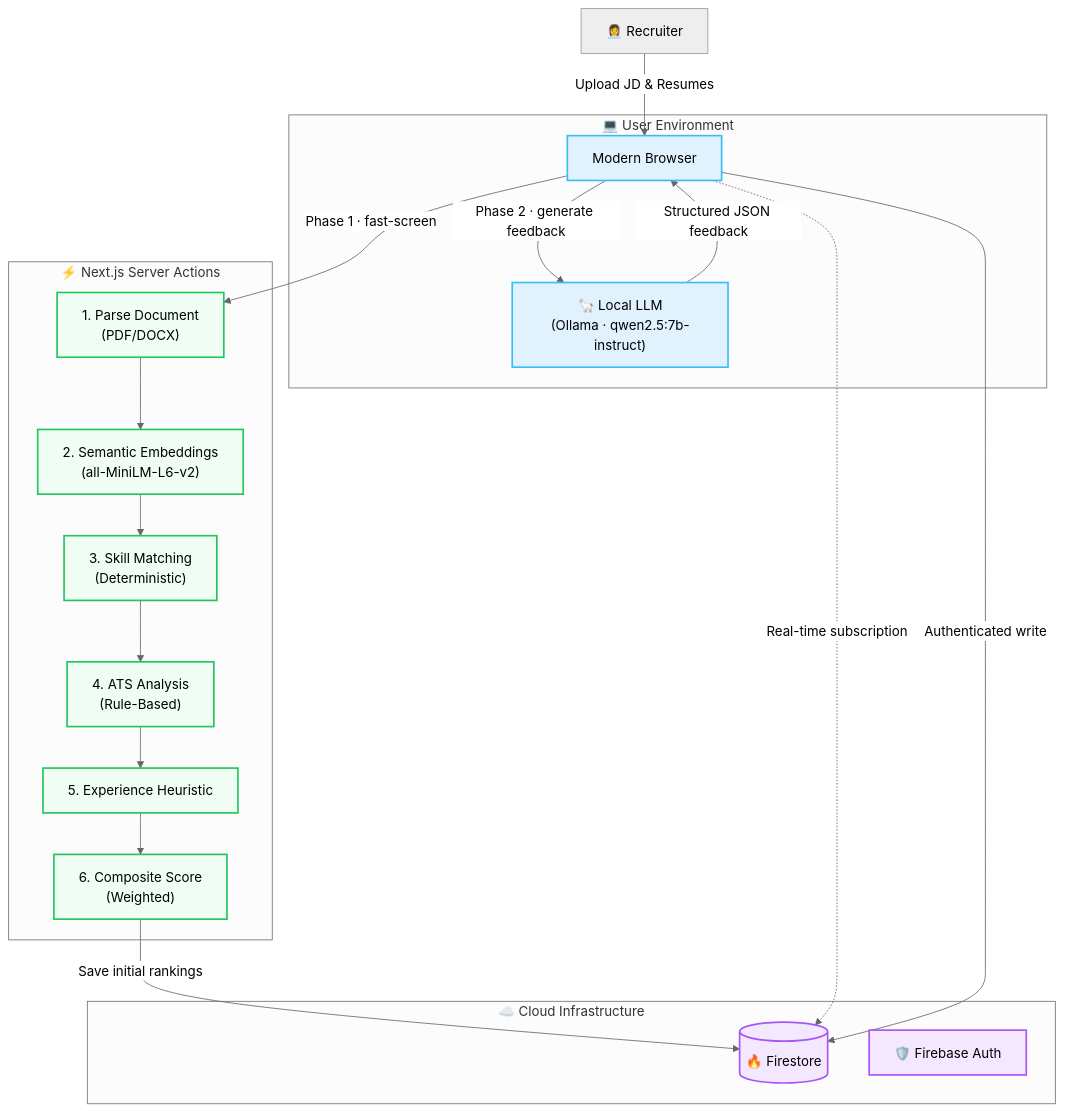
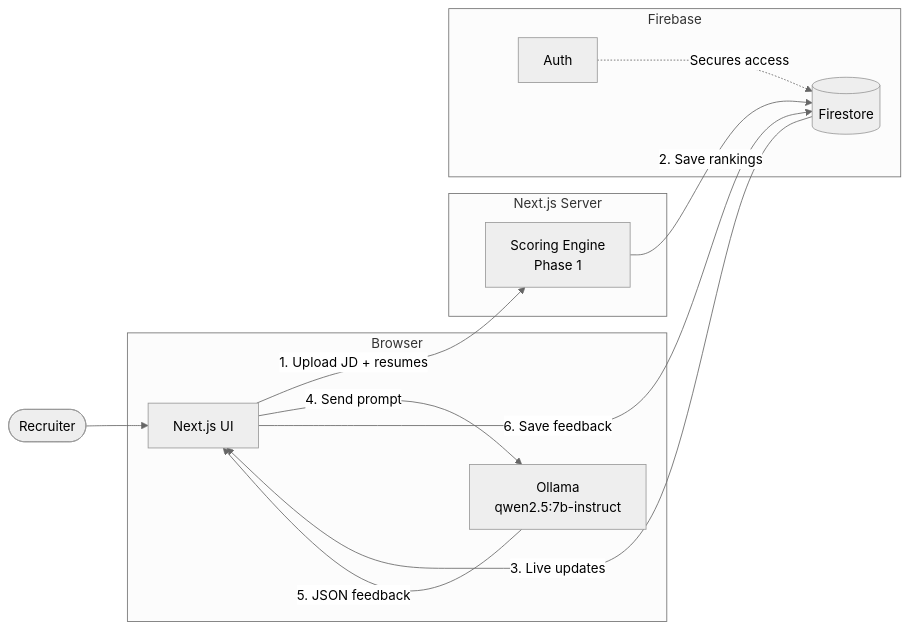
One commit to Tejas164321/AI-Recruiter changed the first of 2 diagrams in README.md. Above: the diagram before and after it, drawn with Mermaid (neutral theme). The commit also changed other lines of this file, not shown here.

````diff
--- a/README.md
+++ b/README.md
@@ -38,42 +50,26 @@
 ```mermaid
-flowchart TD
-    subgraph Client [💻 User Environment]
-        Browser["Modern Browser"]
-        LocalAI["🦙 Local LLM\n(Ollama · qwen2.5:7b-instruct)"]
+flowchart LR
+    R([Recruiter]) --> UI
+
+    subgraph Browser
+        UI[Next.js UI]
+        LLM[Ollama<br/>qwen2.5:7b-instruct]
     end
 
-    subgraph Server [⚡ Next.js Server Actions]
-        Parse["1. Parse Document\n(PDF/DOCX)"]
-        Embed["2. Semantic Embeddings\n(all-MiniLM-L6-v2)"]
-        Skills["3. Skill Matching\n(Deterministic)"]
-        ATS["4. ATS Analysis\n(Rule-Based)"]
-        Exp["5. Experience Heuristic"]
-        Score["6. Composite Score\n(Weighted)"]
+    subgraph Server[Next.js Server]
+        ENG[Scoring Engine<br/>Phase 1]
     end
 
-    subgraph Cloud [☁️ Cloud Infrastructure]
-        DB[("🔥 Firestore")]
-        Auth["🛡️ Firebase Auth"]
+    subgraph Firebase
+        DB[(Firestore)]
+        AUTH[Auth]
     end
 
-    User[👩‍💼 Recruiter] -->|Upload JD & Resumes| Browser
-
-    %% Phase 1: Fast Screening
-    Browser -->|Phase 1 · fast-screen| Parse
-    Parse --> Embed --> Skills --> ATS --> Exp --> Score
-    Score -->|Save initial rankings| DB
-
-    %% Phase 2: Deep Analysis
-    Browser -.->|Real-time subscription| DB
-    Browser -->|Phase 2 · generate feedback| LocalAI
-    LocalAI -->|Structured JSON feedback| Browser
-    Browser -->|Authenticated write| DB
-
-    classDef client fill:#e0f2fe,stroke:#38bdf8,stroke-width:2px;
-    classDef server fill:#f0fdf4,stroke:#22c55e,stroke-width:2px;
-    classDef cloud fill:#f3e8ff,stroke:#a855f7,stroke-width:2px;
-
-    class Browser,LocalAI client;
-    class Parse,Embed,Skills,ATS,Exp,Score server;
-    class DB,Auth cloud;
+    UI -->|1. Upload JD + resumes| ENG
+    ENG -->|2. Save rankings| DB
+    DB -->|3. Live updates| UI
+    UI -->|4. Send prompt| LLM
+    LLM -->|5. JSON feedback| UI
+    UI -->|6. Save feedback| DB
+    AUTH -.->|Secures access| DB
 ```
````
